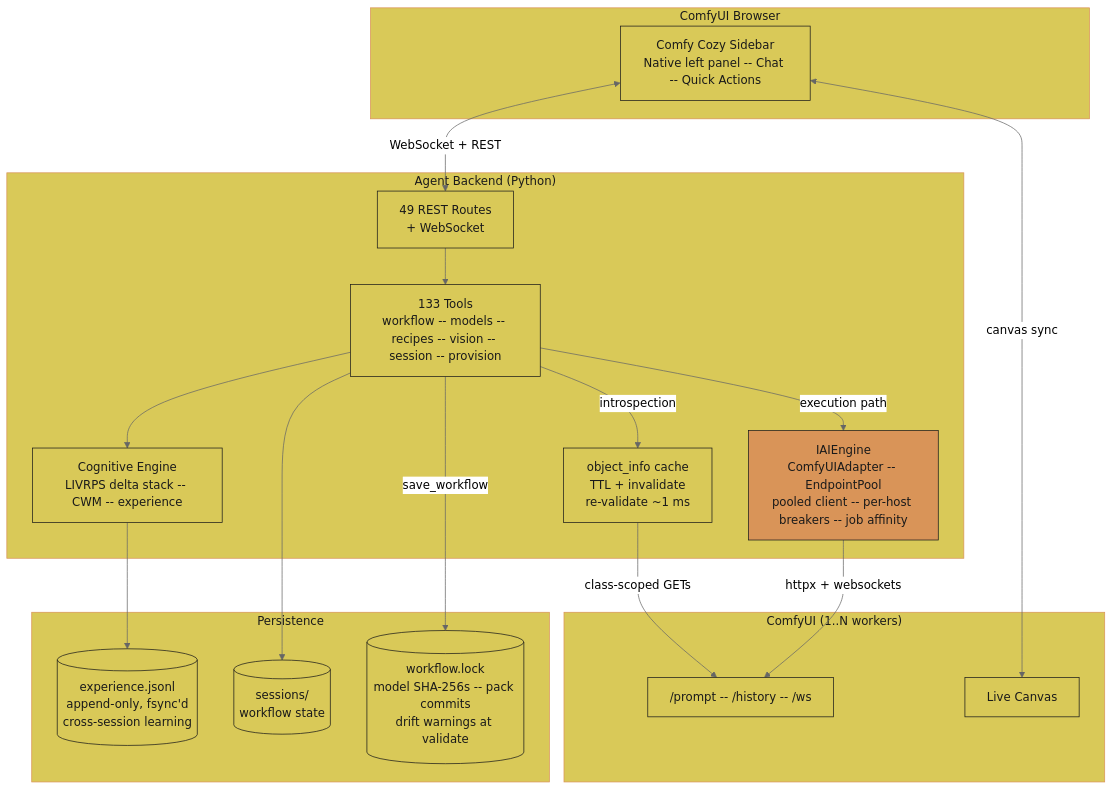
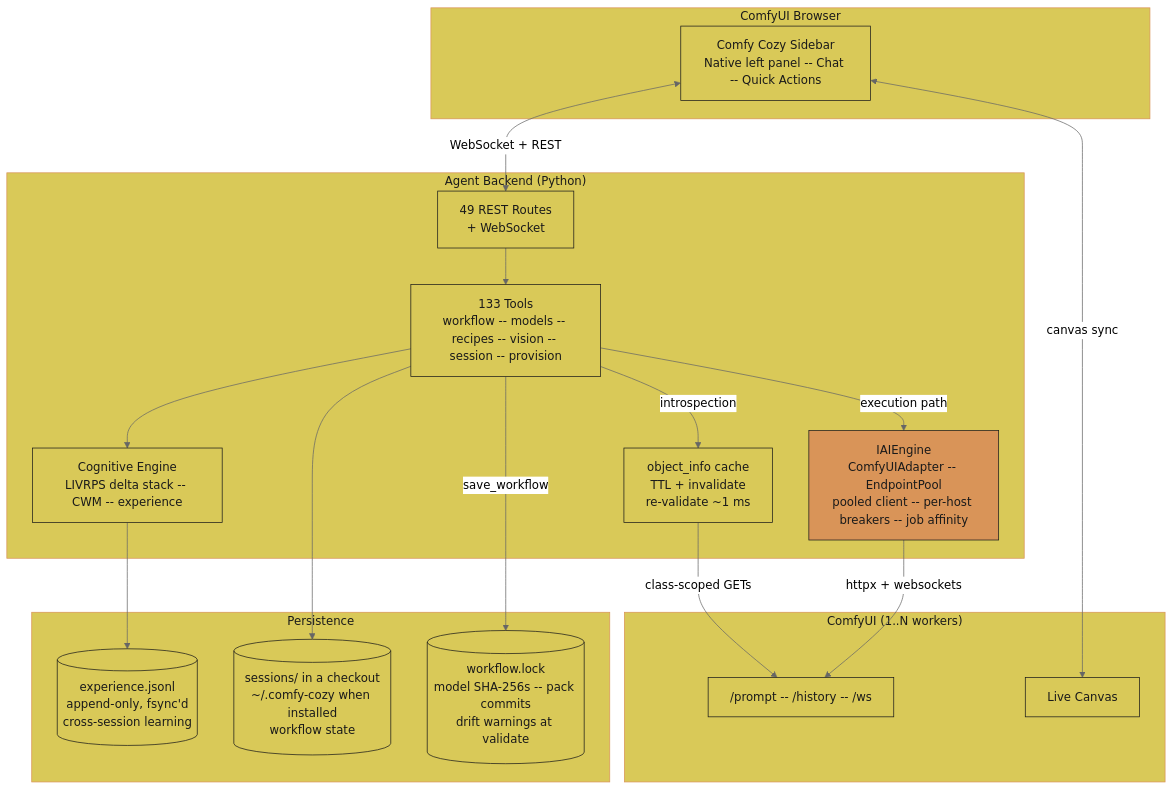
The ninth of 35 diagrams in README.md (JosephOIbrahim/Comfy-Cozy), drawn with Mermaid (neutral theme) before and after one commit. The commit also changed other lines of this file and 5 other files, not shown here.

````diff
--- a/README.md
+++ b/README.md
@@ -640,44 +719,44 @@
 ```mermaid
 graph TB
     subgraph Browser ["ComfyUI Browser"]
         Sidebar["Comfy Cozy Sidebar<br/>Native left panel -- Chat -- Quick Actions"]
     end
     subgraph Backend ["Agent Backend (Python)"]
         Routes["49 REST Routes<br/>+ WebSocket"]
         Tools["133 Tools<br/>workflow -- models -- recipes -- vision -- session -- provision"]
         Cache["object_info cache<br/>TTL + invalidate<br/>re-validate ~1 ms"]
         Engine["IAIEngine<br/>ComfyUIAdapter -- EndpointPool<br/>pooled client -- per-host breakers -- job affinity"]
         Cog["Cognitive Engine<br/>LIVRPS delta stack -- CWM -- experience"]
     end
     subgraph ComfyUI ["ComfyUI (1..N workers)"]
         API["/prompt -- /history -- /ws"]
         Canvas["Live Canvas"]
     end
     subgraph Disk ["Persistence"]
         EXP[("experience.jsonl<br/>append-only, fsync'd<br/>cross-session learning")]
-        Sessions[("sessions/<br/>workflow state")]
+        Sessions[("sessions/ in a checkout<br/>~/.comfy-cozy when installed<br/>workflow state")]
         Lock[("workflow.lock<br/>model SHA-256s -- pack commits<br/>drift warnings at validate")]
     end
 
     Sidebar <-->|"WebSocket + REST"| Routes
     Sidebar <-->|"canvas sync"| Canvas
     Routes --> Tools
     Tools --> Cog
     Tools -->|introspection| Cache
     Cache -->|"class-scoped GETs"| API
     Tools -->|execution path| Engine
     Engine -->|httpx + websockets| API
     Cog --> EXP
     Tools --> Sessions
     Tools -->|save_workflow| Lock
 
     style Browser fill:#d9c958,color:#1a1a1a,stroke:#d99458
     style Backend fill:#d9c958,color:#1a1a1a,stroke:#d99458
     style ComfyUI fill:#d9c958,color:#1a1a1a,stroke:#d99458
     style Disk fill:#d9c958,color:#1a1a1a,stroke:#d99458
 
     classDef orange fill:#d99458,color:#1a1a1a,stroke:#1a1a1a
     classDef yellow fill:#d9c958,color:#1a1a1a,stroke:#1a1a1a
     class Engine orange
     class Sidebar,Routes,Tools,Cache,Cog,API,Canvas,EXP,Sessions,Lock yellow
 ```
````
